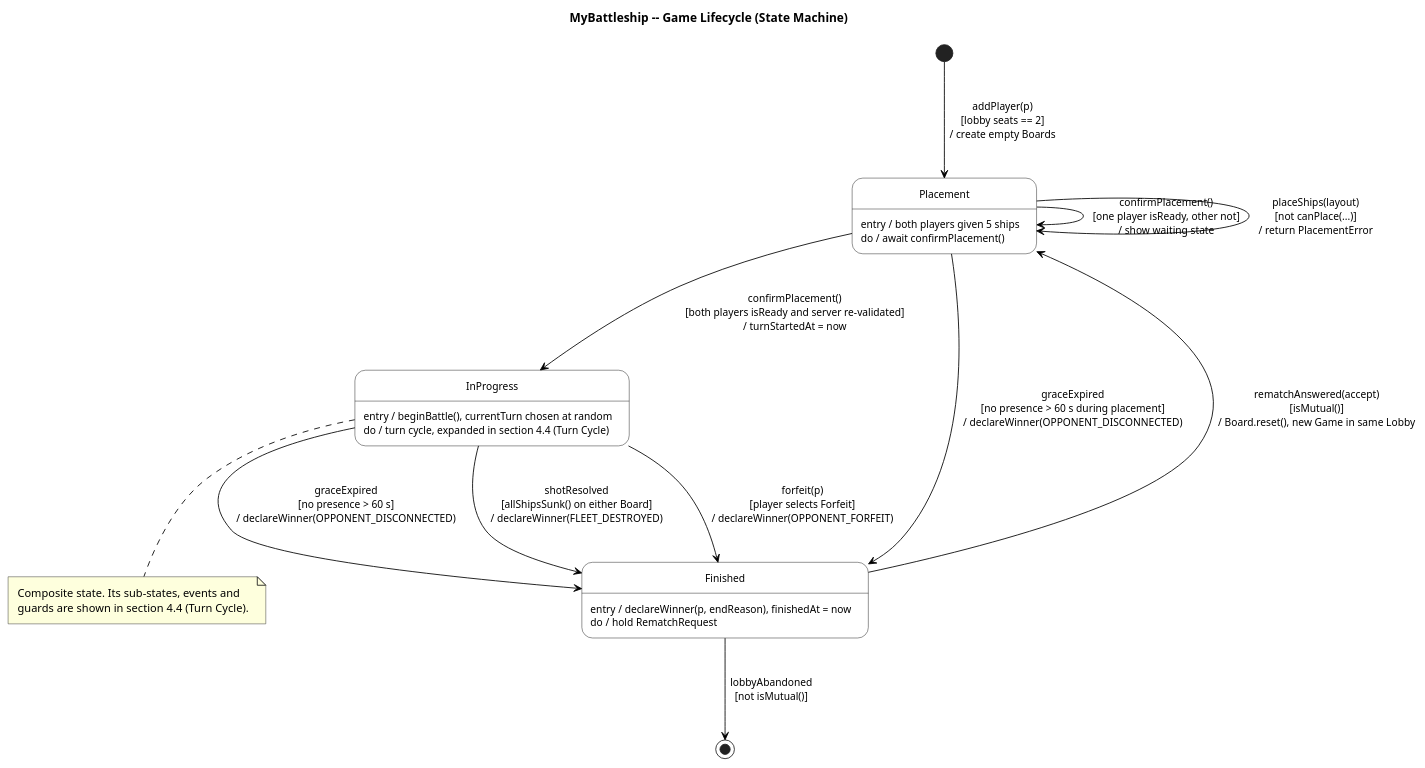
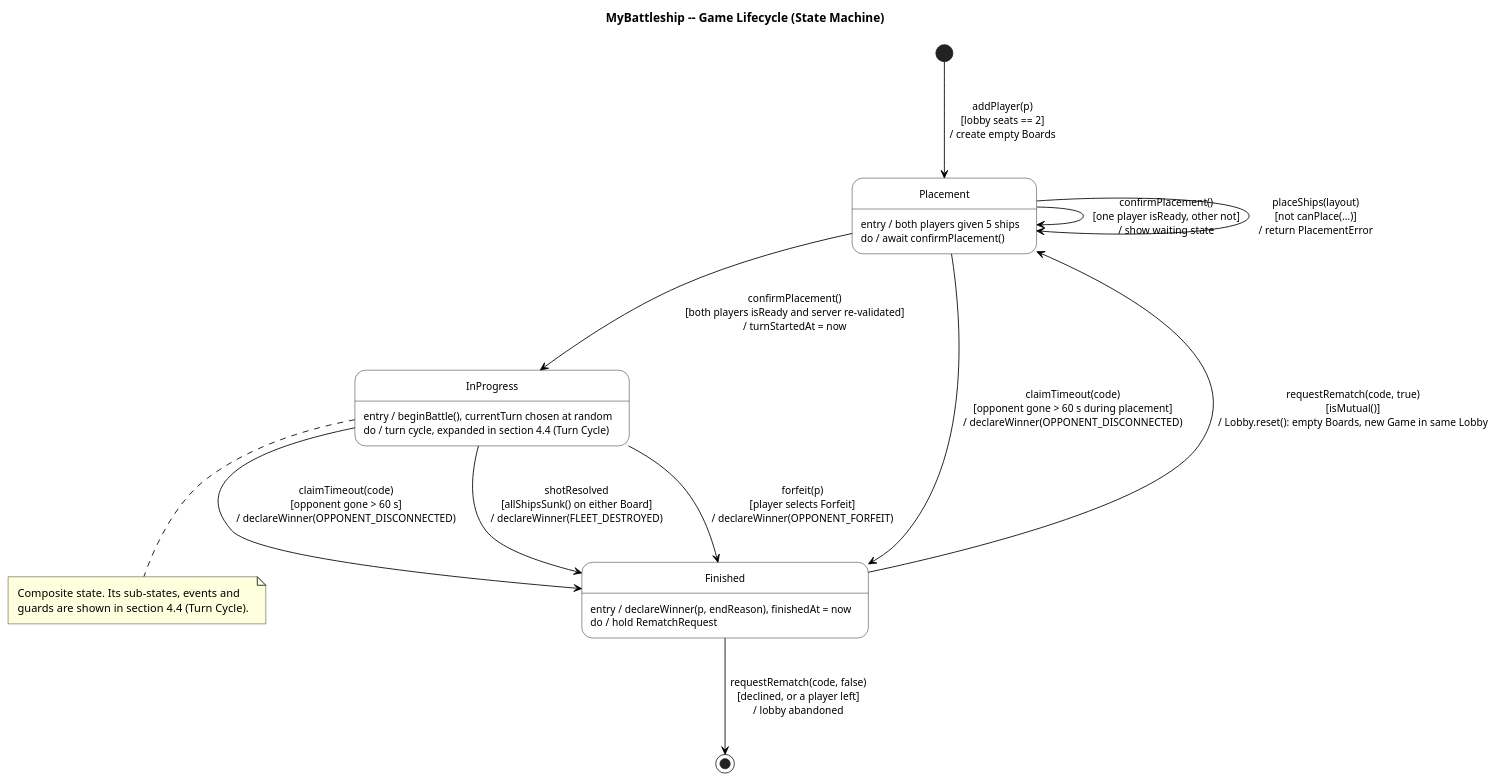
One commit to queeeety/battleship-online changed the diagram in docs/uml/state/game.puml. Above: the diagram before and after it, drawn with PlantUML. The commit also changed 10 other files, not shown here.

Commit message:
Stage 6 UML's updated

```diff
--- a/docs/uml/state/game.puml
+++ b/docs/uml/state/game.puml
@@ -1,47 +1,47 @@
 @startuml 4_1_Game_StateMachine
 ' MyBattleship -- GroupXXAssign2.pdf, section 4.1: Game (state diagram)
 ' Models the Game class lifecycle (GameState enum). InProgress is expanded in section 4.4.
 title MyBattleship -- Game Lifecycle (State Machine)
 
 hide empty description
 skinparam nodesep 55
 skinparam ranksep 75
 skinparam padding 5
 skinparam defaultFontSize 13
 skinparam ArrowFontSize 12
 skinparam StateFontSize 14
 skinparam StateAttributeFontSize 12
 skinparam state {
   BackgroundColor White
   BorderColor Black
   ArrowColor Black
 }
 
 [*] --> Placement : addPlayer(p)\n[lobby seats == 2]\n/ create empty Boards
 
 state Placement : entry / both players given 5 ships
 state Placement : do / await confirmPlacement()
 
 state InProgress <<composite>> : entry / beginBattle(), currentTurn chosen at random
 state InProgress : do / turn cycle, expanded in section 4.4 (Turn Cycle)
 
 state Finished : entry / declareWinner(p, endReason), finishedAt = now
 state Finished : do / hold RematchRequest
 
 Placement --> Placement : confirmPlacement()\n[one player isReady, other not]\n/ show waiting state
 Placement --> Placement : placeShips(layout)\n[not canPlace(...)]\n/ return PlacementError
 Placement --> InProgress : confirmPlacement()\n[both players isReady and server re-validated]\n/ turnStartedAt = now
-Placement --> Finished : graceExpired\n[no presence > 60 s during placement]\n/ declareWinner(OPPONENT_DISCONNECTED)
+Placement --> Finished : claimTimeout(code)\n[opponent gone > 60 s during placement]\n/ declareWinner(OPPONENT_DISCONNECTED)
 
 InProgress --> Finished : shotResolved\n[allShipsSunk() on either Board]\n/ declareWinner(FLEET_DESTROYED)
 InProgress --> Finished : forfeit(p)\n[player selects Forfeit]\n/ declareWinner(OPPONENT_FORFEIT)
-InProgress --> Finished : graceExpired\n[no presence > 60 s]\n/ declareWinner(OPPONENT_DISCONNECTED)
+InProgress --> Finished : claimTimeout(code)\n[opponent gone > 60 s]\n/ declareWinner(OPPONENT_DISCONNECTED)
 
-Finished --> Placement : rematchAnswered(accept)\n[isMutual()]\n/ Board.reset(), new Game in same Lobby
-Finished --> [*] : lobbyAbandoned\n[not isMutual()]
+Finished --> Placement : requestRematch(code, true)\n[isMutual()]\n/ Lobby.reset(): empty Boards, new Game in same Lobby
+Finished --> [*] : requestRematch(code, false)\n[declined, or a player left]\n/ lobby abandoned
 
 note bottom of InProgress
   Composite state. Its sub-states, events and
   guards are shown in section 4.4 (Turn Cycle).
 end note
 @enduml
```
